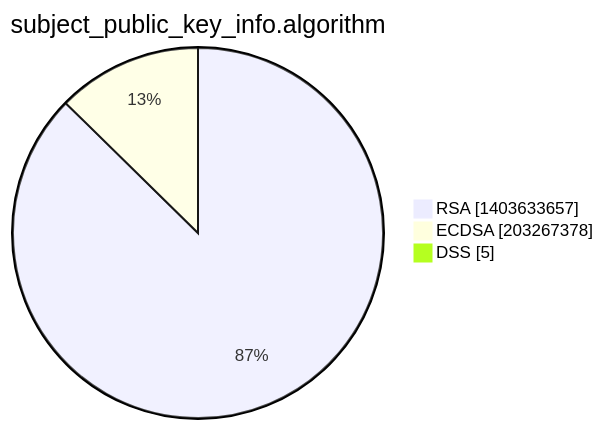
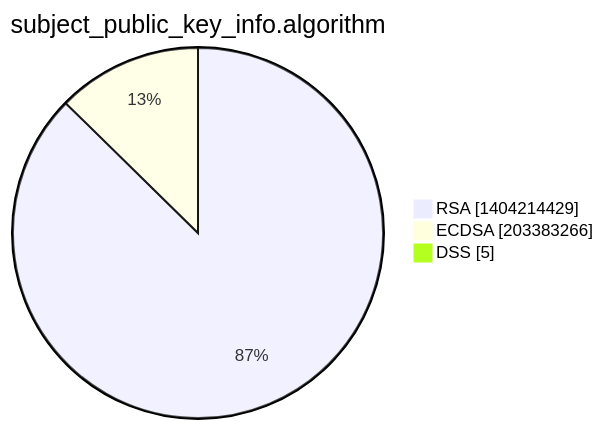
The third of 15 diagrams in xenon2022/README.md (christiankrug/ctmonitor_visualization), drawn with Mermaid before and after one commit. The commit also changed other lines of this file, not shown here.

````diff
--- a/xenon2022/README.md
+++ b/xenon2022/README.md
@@ -14,7 +14,7 @@
 ```mermaid
 pie showData
 title subject_public_key_info.algorithm
-"RSA" :1403633657
-"ECDSA" :203267378
+"RSA" :1404214429
+"ECDSA" :203383266
 "DSS" :5
 ```
````
